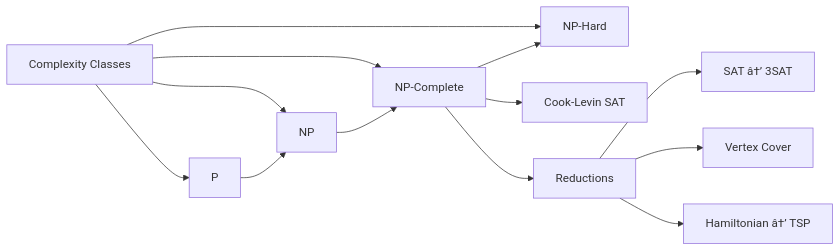
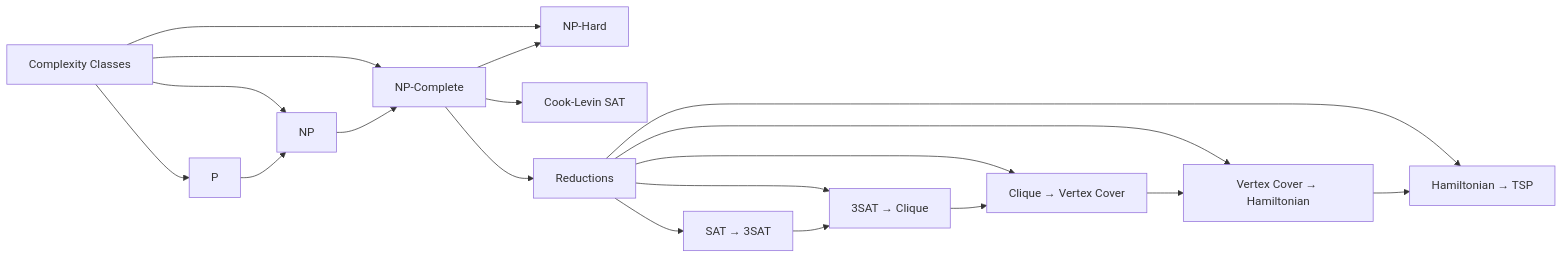
Before and after one commit to Raushan666java/ai-engineering-journey: the diagram in docs/courses/algorithms/15-np-completeness.md, drawn with Mermaid. The commit also changed other lines of this file and 17 other files, not shown here.

````diff
--- a/docs/courses/algorithms/15-np-completeness.md
+++ b/docs/courses/algorithms/15-np-completeness.md
@@ -28,15 +41,21 @@
 ```mermaid
 flowchart LR
     A[Complexity Classes] --> B[P]
     A --> C[NP]
     A --> D[NP-Complete]
     A --> E[NP-Hard]
     B --> C
     C --> D
     D --> E
     D --> F[Cook-Levin SAT]
     D --> G[Reductions]
-    G --> H[SAT â†’ 3SAT]
-    G --> I[Vertex Cover]
-    G --> J[Hamiltonian â†’ TSP]
+    G --> H[SAT → 3SAT]
+    G --> I[3SAT → Clique]
+    G --> J[Clique → Vertex Cover]
+    G --> K[Vertex Cover → Hamiltonian]
+    G --> L[Hamiltonian → TSP]
+    H --> I
+    I --> J
+    J --> K
+    K --> L
 ```
````
